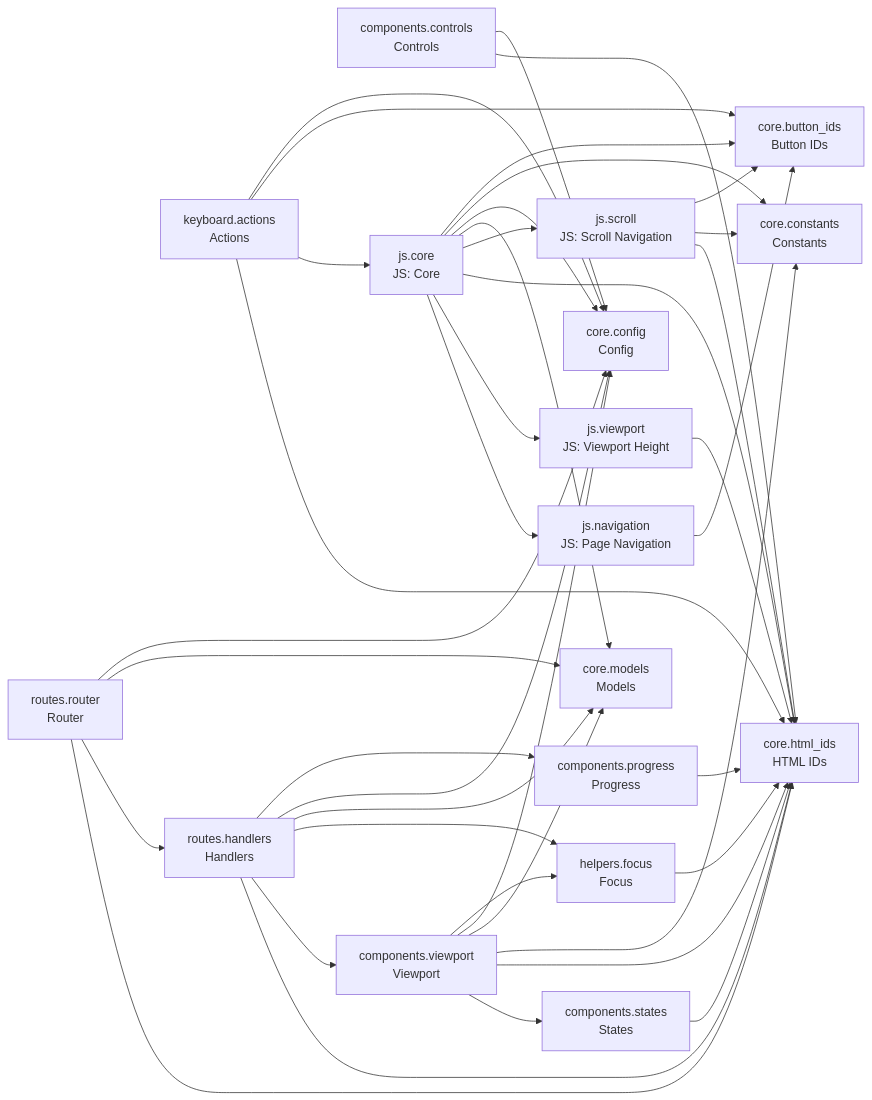
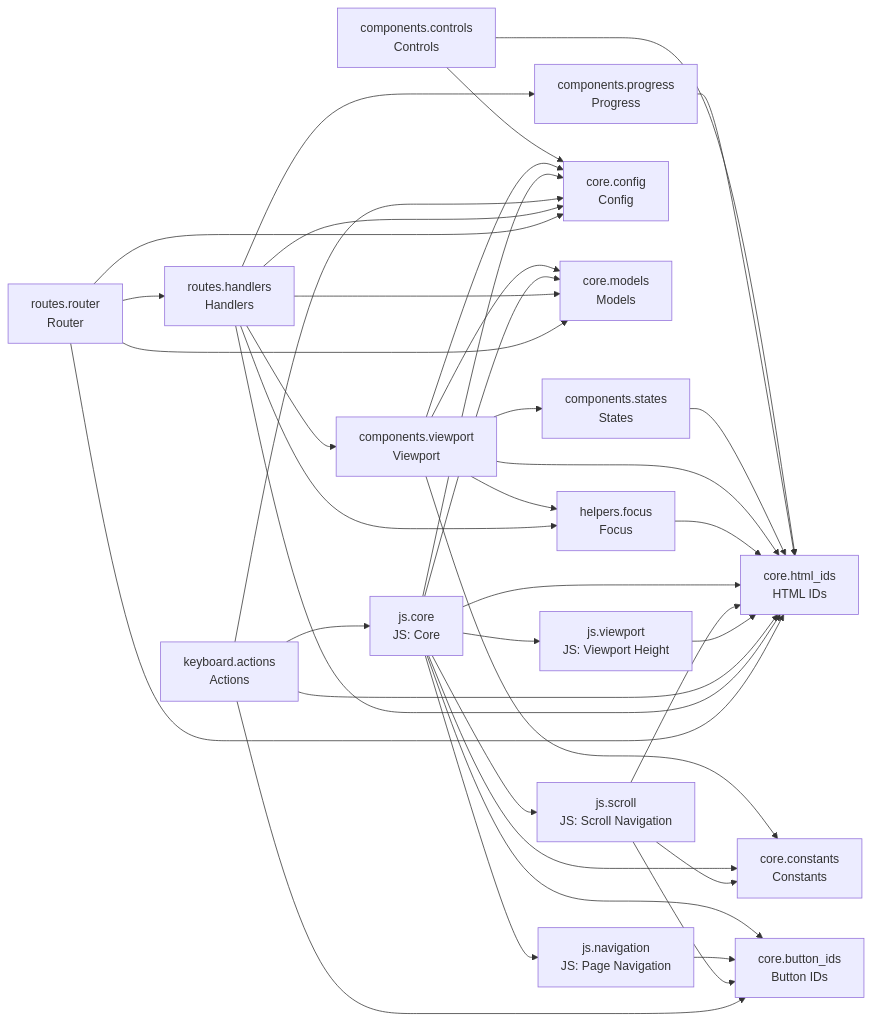
One commit to cj-mills/cjm-fasthtml-card-stack changed the diagram in README.md. Above: the diagram before and after it, drawn with Mermaid. The commit also changed other lines of this file and 3 other files, not shown here.

````diff
--- a/README.md
+++ b/README.md
@@ -43,59 +43,59 @@
 ``` mermaid
 graph LR
     components_controls[components.controls<br/>Controls]
     components_progress[components.progress<br/>Progress]
     components_states[components.states<br/>States]
     components_viewport[components.viewport<br/>Viewport]
     core_button_ids[core.button_ids<br/>Button IDs]
     core_config[core.config<br/>Config]
     core_constants[core.constants<br/>Constants]
     core_html_ids[core.html_ids<br/>HTML IDs]
     core_models[core.models<br/>Models]
     helpers_focus[helpers.focus<br/>Focus]
     js_core[js.core<br/>JS: Core]
     js_navigation[js.navigation<br/>JS: Page Navigation]
     js_scroll[js.scroll<br/>JS: Scroll Navigation]
     js_viewport[js.viewport<br/>JS: Viewport Height]
     keyboard_actions[keyboard.actions<br/>Actions]
     routes_handlers[routes.handlers<br/>Handlers]
     routes_router[routes.router<br/>Router]
 
     components_controls --> core_config
     components_controls --> core_html_ids
     components_progress --> core_html_ids
     components_states --> core_html_ids
-    components_viewport --> helpers_focus
+    components_viewport --> components_states
     components_viewport --> core_config
     components_viewport --> core_models
     components_viewport --> core_constants
+    components_viewport --> helpers_focus
     components_viewport --> core_html_ids
-    components_viewport --> components_states
     helpers_focus --> core_html_ids
+    js_core --> core_constants
     js_core --> core_button_ids
-    js_core --> core_constants
     js_core --> core_config
+    js_core --> js_navigation
+    js_core --> js_viewport
+    js_core --> core_html_ids
+    js_core --> js_scroll
     js_core --> core_models
-    js_core --> js_scroll
-    js_core --> core_html_ids
-    js_core --> js_viewport
-    js_core --> js_navigation
     js_navigation --> core_button_ids
-    js_scroll --> core_button_ids
     js_scroll --> core_constants
     js_scroll --> core_html_ids
+    js_scroll --> core_button_ids
     js_viewport --> core_html_ids
+    keyboard_actions --> core_html_ids
     keyboard_actions --> core_config
     keyboard_actions --> core_button_ids
     keyboard_actions --> js_core
-    keyboard_actions --> core_html_ids
-    routes_handlers --> components_progress
-    routes_handlers --> core_config
-    routes_handlers --> core_models
     routes_handlers --> helpers_focus
     routes_handlers --> components_viewport
     routes_handlers --> core_html_ids
+    routes_handlers --> core_config
+    routes_handlers --> core_models
+    routes_handlers --> components_progress
     routes_router --> core_config
     routes_router --> core_models
     routes_router --> routes_handlers
     routes_router --> core_html_ids
 ```
````
